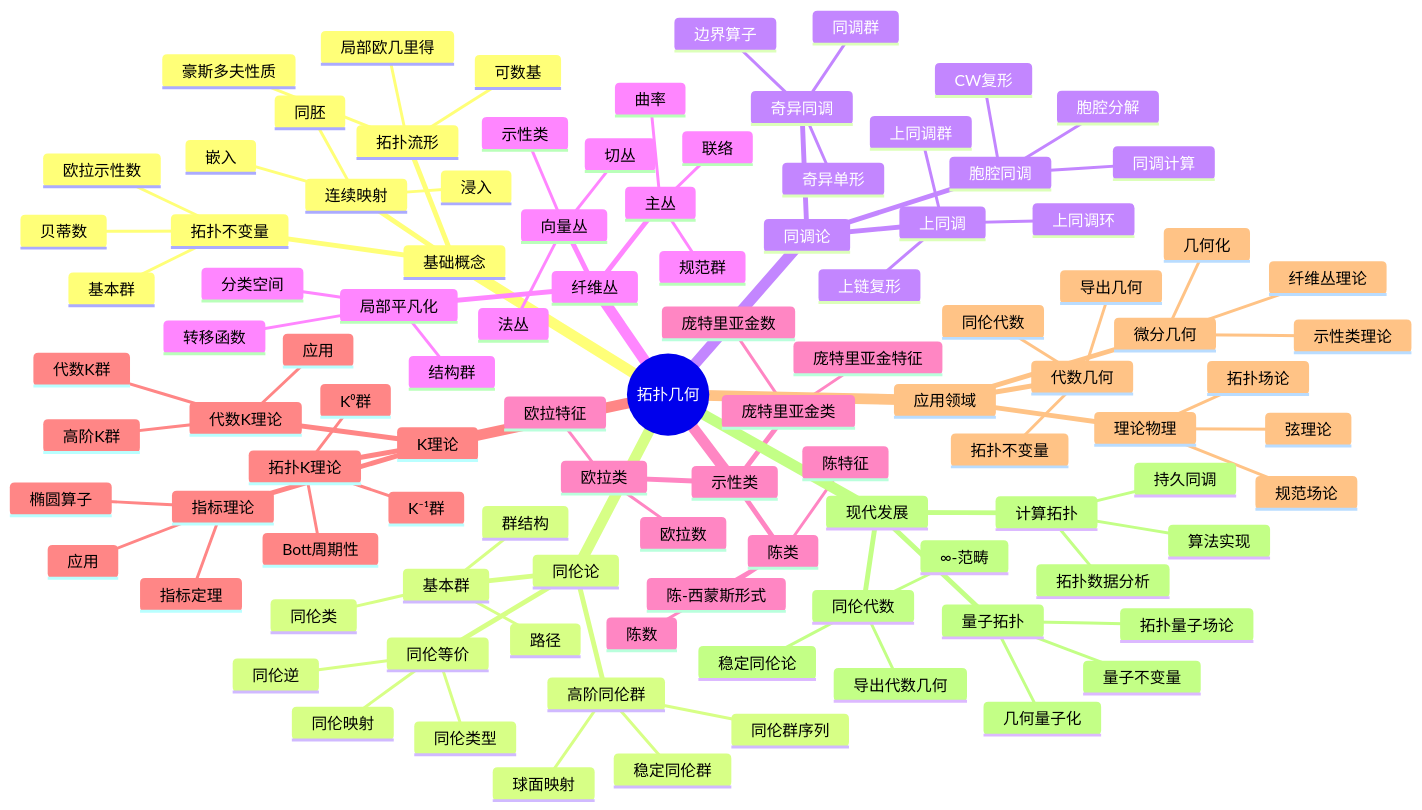
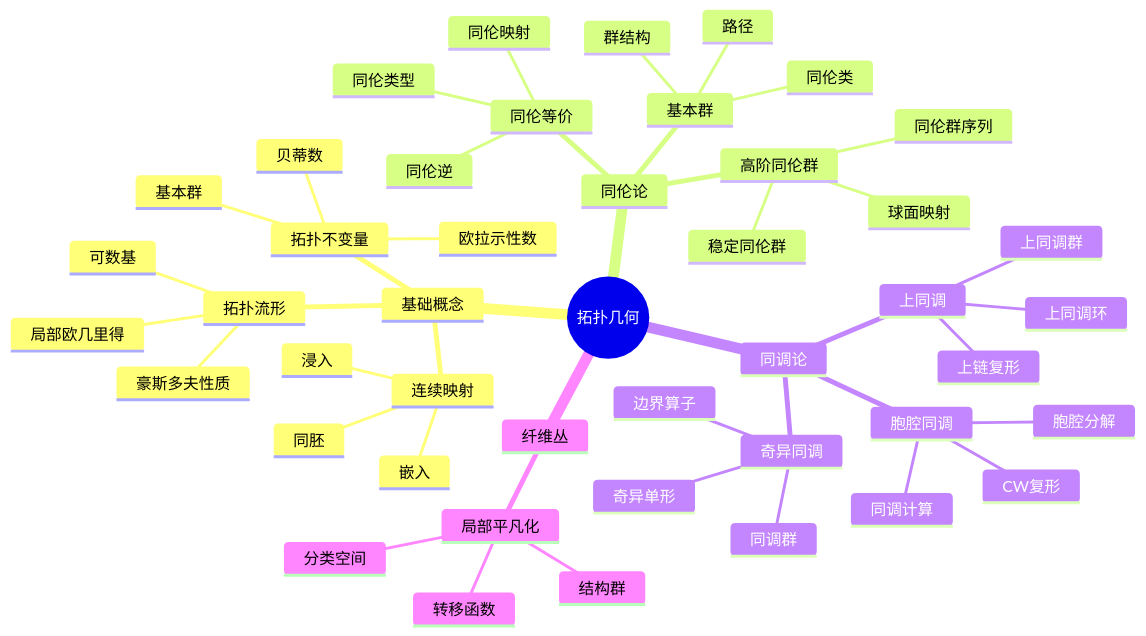
Before and after one commit to AdaMartin18010/FormalMath: the diagram in docs/04-几何学/06-拓扑几何.md, drawn with Mermaid. The commit also changed other lines of this file and 5 other files, not shown here.

````diff
--- a/docs/04-几何学/06-拓扑几何.md
+++ b/docs/04-几何学/06-拓扑几何.md
@@ -357,62 +358,4 @@
         转移函数
         结构群
         分类空间
-      向量丛
-        切丛
-        法丛
-        示性类
-      主丛
-        规范群
-        联络
-        曲率
-    示性类
-      陈类
-        陈数
-        陈特征
-        陈-西蒙斯形式
-      庞特里亚金类
-        庞特里亚金数
-        庞特里亚金特征
-      欧拉类
-        欧拉数
-        欧拉特征
-    K理论
-      拓扑K理论
-        K⁰群
-        K⁻¹群
-        Bott周期性
-      代数K理论
-        代数K群
-        高阶K群
-        应用
-      指标理论
-        椭圆算子
-        指标定理
-        应用
-    应用领域
-      微分几何
-        示性类理论
-        纤维丛理论
-        几何化
-      理论物理
-        规范场论
-        弦理论
-        拓扑场论
-      代数几何
-        拓扑不变量
-        同伦代数
-        导出几何
-    现代发展
-      同伦代数
-        ∞-范畴
-        导出代数几何
-        稳定同伦论
-      量子拓扑
-        量子不变量
-        拓扑量子场论
-        几何量子化
-      计算拓扑
-        持久同调
-        拓扑数据分析
-        算法实现
 ```
````
